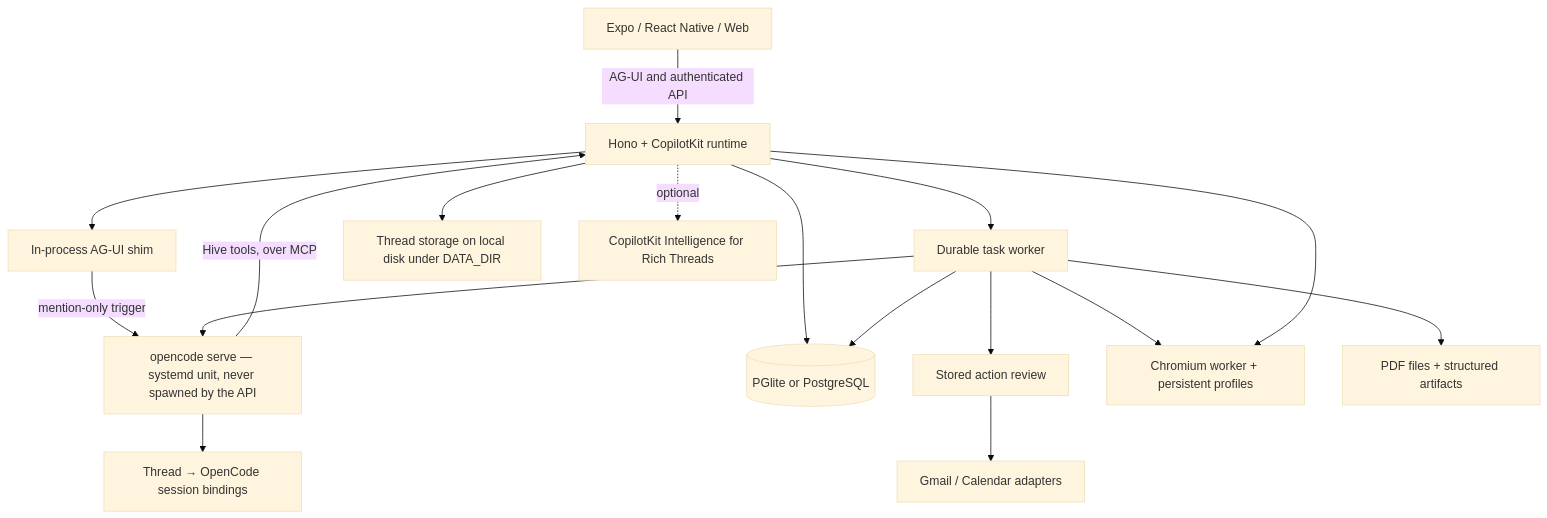
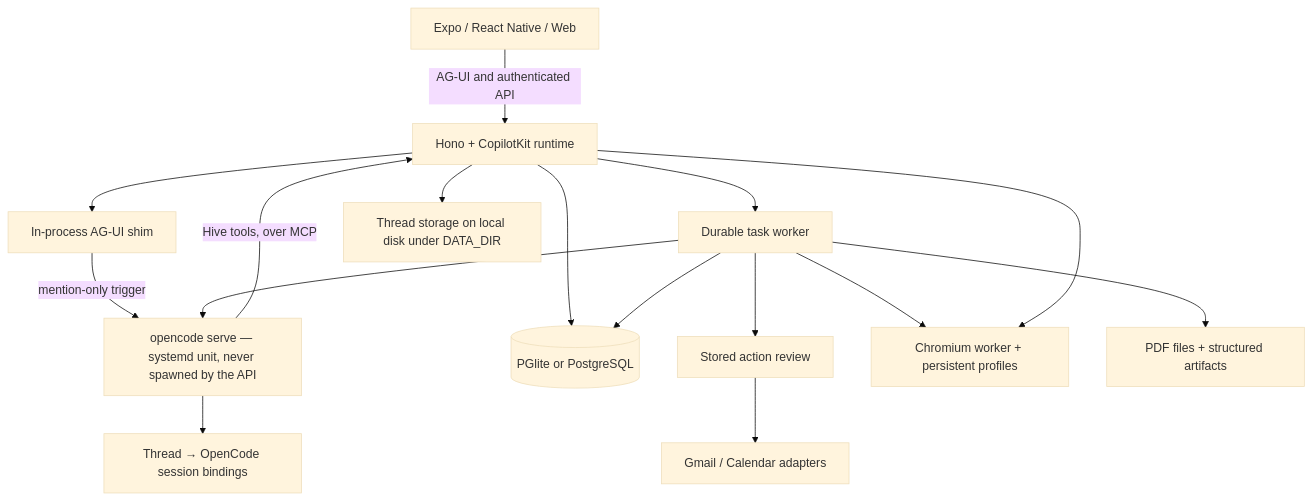
One commit to akshay-gup/hive changed the diagram in README.md. Above: the diagram before and after it, drawn with Mermaid (base theme). The commit also changed other lines of this file and 46 other files, not shown here.

First line of the commit message:
Remove the CopilotKit Intelligence path: no Rich Threads switch, key, route, settings line or docs

````diff
--- a/README.md
+++ b/README.md
@@ -234,19 +224,18 @@
 ```mermaid
 flowchart TD
   Client[Expo / React Native / Web] -->|AG-UI and authenticated API| API[Hono + CopilotKit runtime]
   API --> Shim[In-process AG-UI shim]
   Shim -->|mention-only trigger| OpenCode[opencode serve — systemd unit, never spawned by the API]
   OpenCode --> Sessions[Thread → OpenCode session bindings]
   OpenCode -->|Hive tools, over MCP| API
   API --> Tasks[Durable task worker]
   Tasks --> OpenCode
   API --> Threads[Thread storage on local disk under DATA_DIR]
-  API -. optional .-> Intelligence[CopilotKit Intelligence for Rich Threads]
   API --> Store[(PGlite or PostgreSQL)]
   Tasks --> Store
   Tasks --> Review[Stored action review]
   Review --> Google[Gmail / Calendar adapters]
   Tasks --> Browser[Chromium worker + persistent profiles]
   API --> Browser
   Tasks --> Files[PDF files + structured artifacts]
 ```
````
